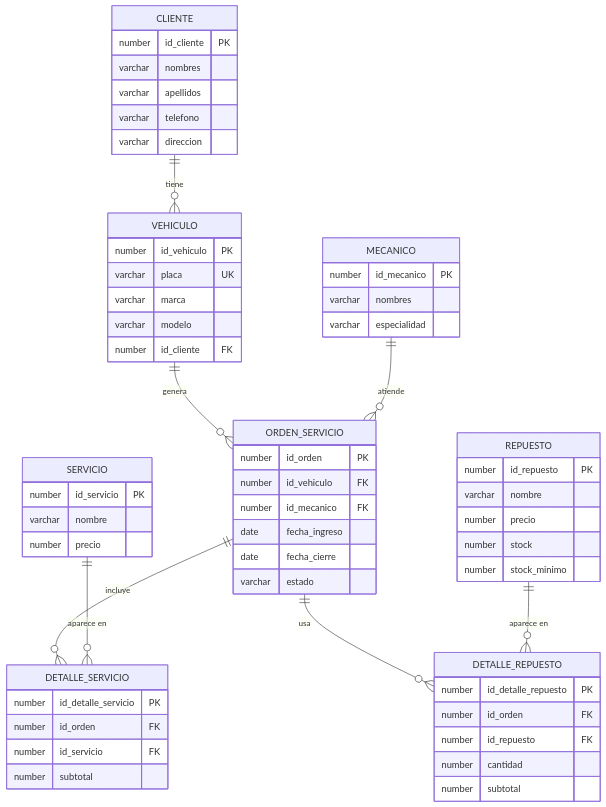
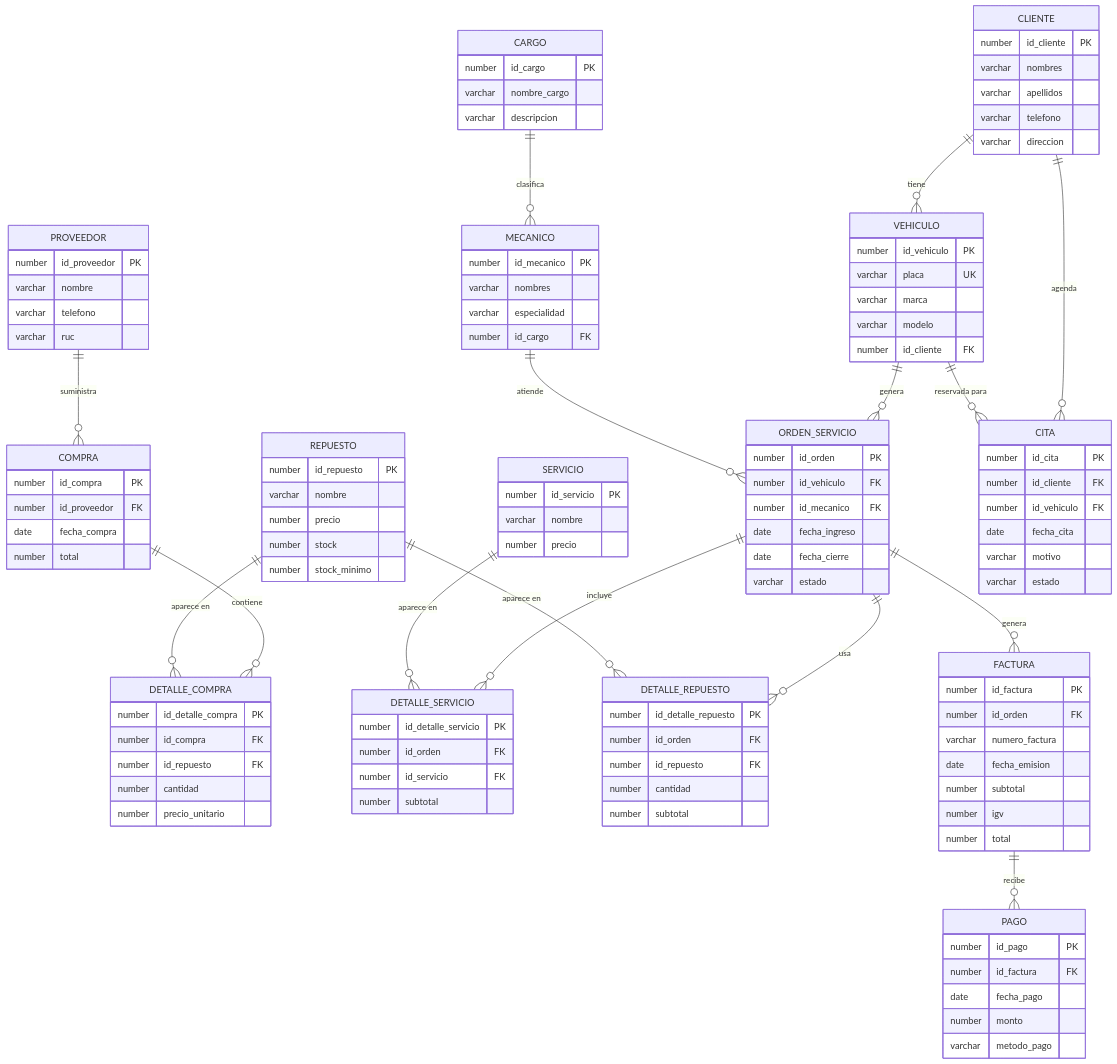
The diagram in ER_AUTOFIX.md (RXDG2908/BD-FINAL), drawn with Mermaid before and after one commit. The commit also changed 7 other files, not shown here.

````diff
--- a/ER_AUTOFIX.md
+++ b/ER_AUTOFIX.md
@@ -3,5 +3,11 @@
 ```mermaid
 erDiagram
+
+    CARGO {
+        number id_cargo PK
+        varchar nombre_cargo
+        varchar descripcion
+    }
 
     CLIENTE {
         number id_cliente PK
@@ -11,18 +17,11 @@
         varchar direccion
     }
 
-    VEHICULO {
-        number id_vehiculo PK
-        varchar placa UK
-        varchar marca
-        varchar modelo
-        number id_cliente FK
-    }
-
     MECANICO {
         number id_mecanico PK
         varchar nombres
         varchar especialidad
+        number id_cargo FK
     }
 
     SERVICIO {
@@ -37,6 +36,36 @@
         number precio
         number stock
         number stock_minimo
+    }
+
+    VEHICULO {
+        number id_vehiculo PK
+        varchar placa UK
+        varchar marca
+        varchar modelo
+        number id_cliente FK
+    }
+
+    PROVEEDOR {
+        number id_proveedor PK
+        varchar nombre
+        varchar telefono
+        varchar ruc
+    }
+
+    COMPRA {
+        number id_compra PK
+        number id_proveedor FK
+        date fecha_compra
+        number total
+    }
+
+    DETALLE_COMPRA {
+        number id_detalle_compra PK
+        number id_compra FK
+        number id_repuesto FK
+        number cantidad
+        number precio_unitario
     }
 
     ORDEN_SERVICIO {
@@ -63,11 +92,46 @@
         number subtotal
     }
 
+    FACTURA {
+        number id_factura PK
+        number id_orden FK
+        varchar numero_factura
+        date fecha_emision
+        number subtotal
+        number igv
+        number total
+    }
+
+    PAGO {
+        number id_pago PK
+        number id_factura FK
+        date fecha_pago
+        number monto
+        varchar metodo_pago
+    }
+
+    CITA {
+        number id_cita PK
+        number id_cliente FK
+        number id_vehiculo FK
+        date fecha_cita
+        varchar motivo
+        varchar estado
+    }
+
+    CARGO          ||--o{ MECANICO          : "clasifica"
     CLIENTE        ||--o{ VEHICULO          : "tiene"
+    CLIENTE        ||--o{ CITA             : "agenda"
     VEHICULO       ||--o{ ORDEN_SERVICIO    : "genera"
+    VEHICULO       ||--o{ CITA             : "reservada para"
     MECANICO       ||--o{ ORDEN_SERVICIO    : "atiende"
+    PROVEEDOR      ||--o{ COMPRA           : "suministra"
+    COMPRA         ||--o{ DETALLE_COMPRA   : "contiene"
+    REPUESTO       ||--o{ DETALLE_COMPRA   : "aparece en"
     ORDEN_SERVICIO ||--o{ DETALLE_SERVICIO  : "incluye"
     ORDEN_SERVICIO ||--o{ DETALLE_REPUESTO  : "usa"
+    ORDEN_SERVICIO ||--o{ FACTURA          : "genera"
     SERVICIO       ||--o{ DETALLE_SERVICIO  : "aparece en"
     REPUESTO       ||--o{ DETALLE_REPUESTO  : "aparece en"
+    FACTURA        ||--o{ PAGO             : "recibe"
 ```
````
